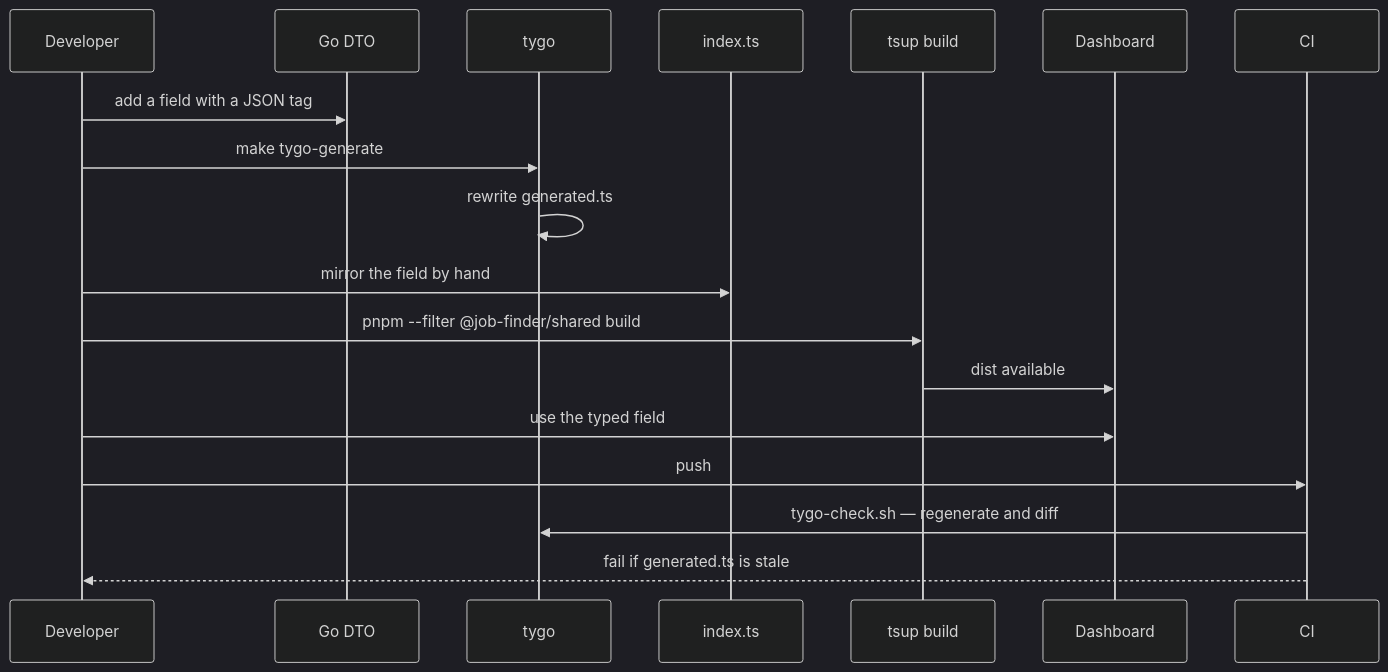
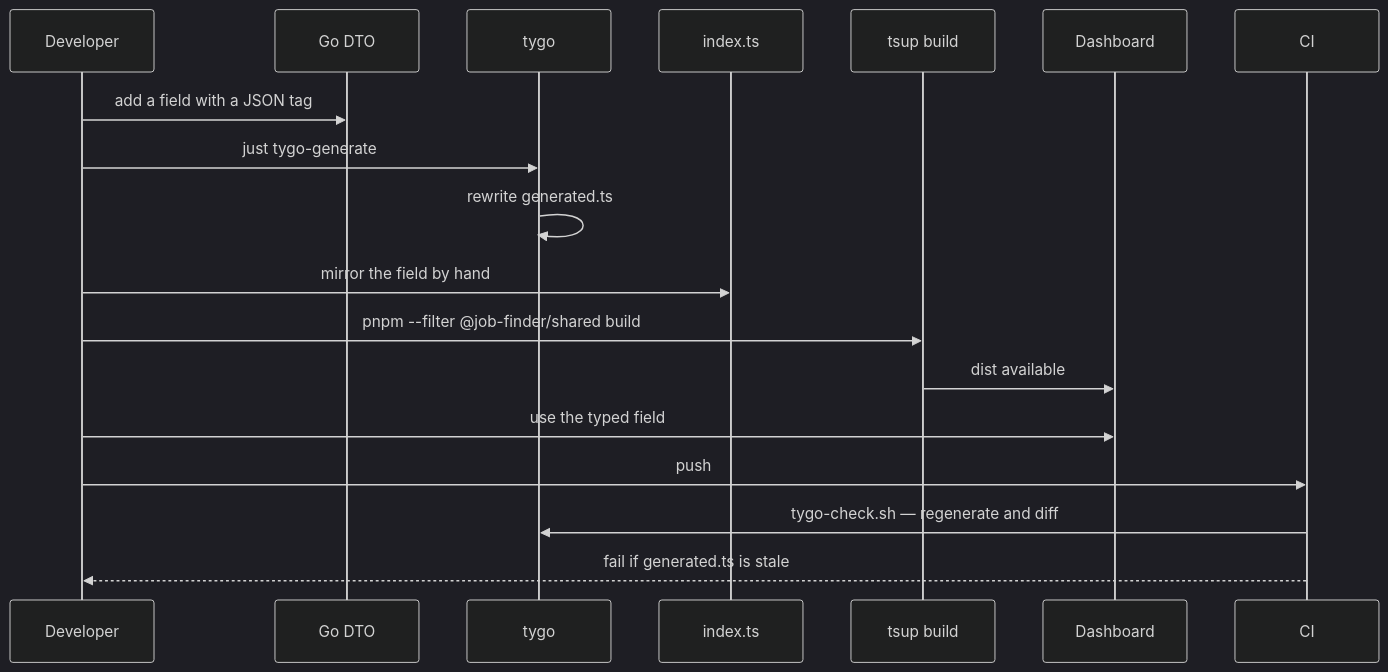
One commit to nonamecat19/job-finder changed the second of 3 diagrams in docs/docs/frontend/shared-types.md. Above: the diagram before and after it, drawn with Mermaid (dark theme). The commit also changed other lines of this file and 26 other files, not shown here.

````diff
--- a/docs/docs/frontend/shared-types.md
+++ b/docs/docs/frontend/shared-types.md
@@ -109,20 +109,20 @@
 ```mermaid
 sequenceDiagram
     participant D as Developer
     participant G as Go DTO
     participant T as tygo
     participant I as index.ts
     participant B as tsup build
     participant W as Dashboard
     participant CI
     D->>G: add a field with a JSON tag
-    D->>T: make tygo-generate
+    D->>T: just tygo-generate
     T->>T: rewrite generated.ts
     D->>I: mirror the field by hand
     D->>B: pnpm --filter @job-finder/shared build
     B->>W: dist available
     D->>W: use the typed field
     D->>CI: push
     CI->>T: tygo-check.sh — regenerate and diff
     CI-->>D: fail if generated.ts is stale
 ```
````
